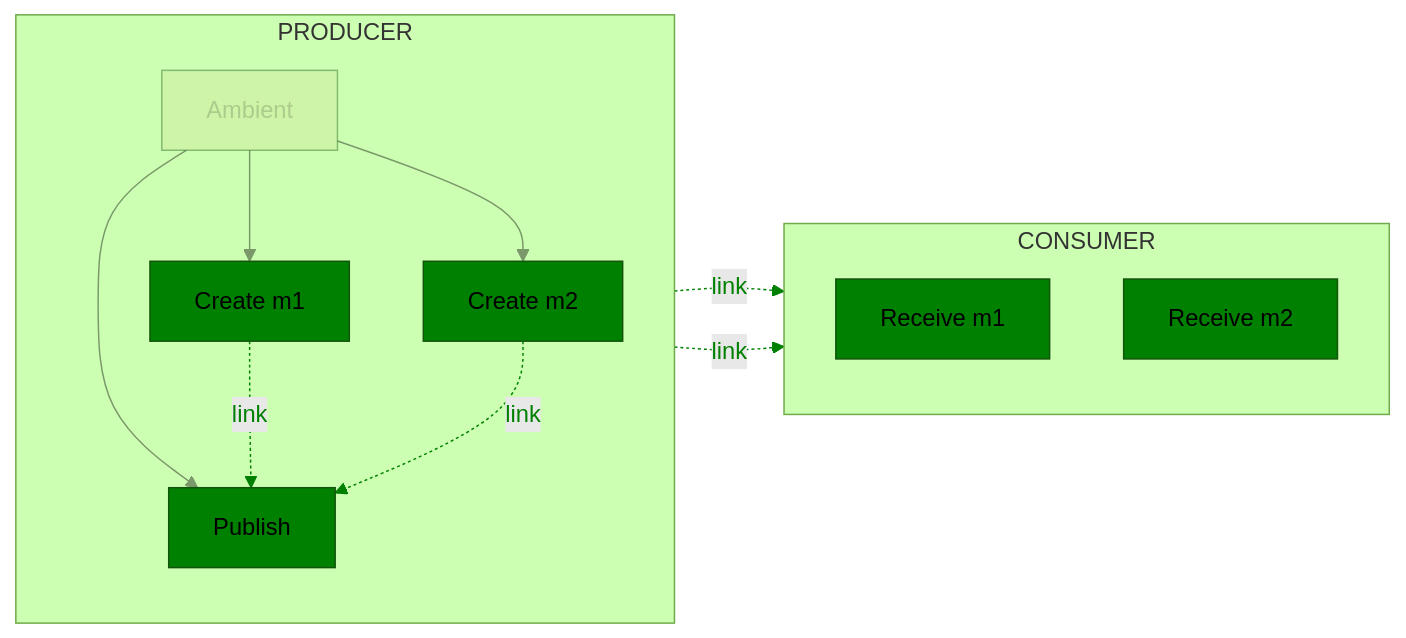
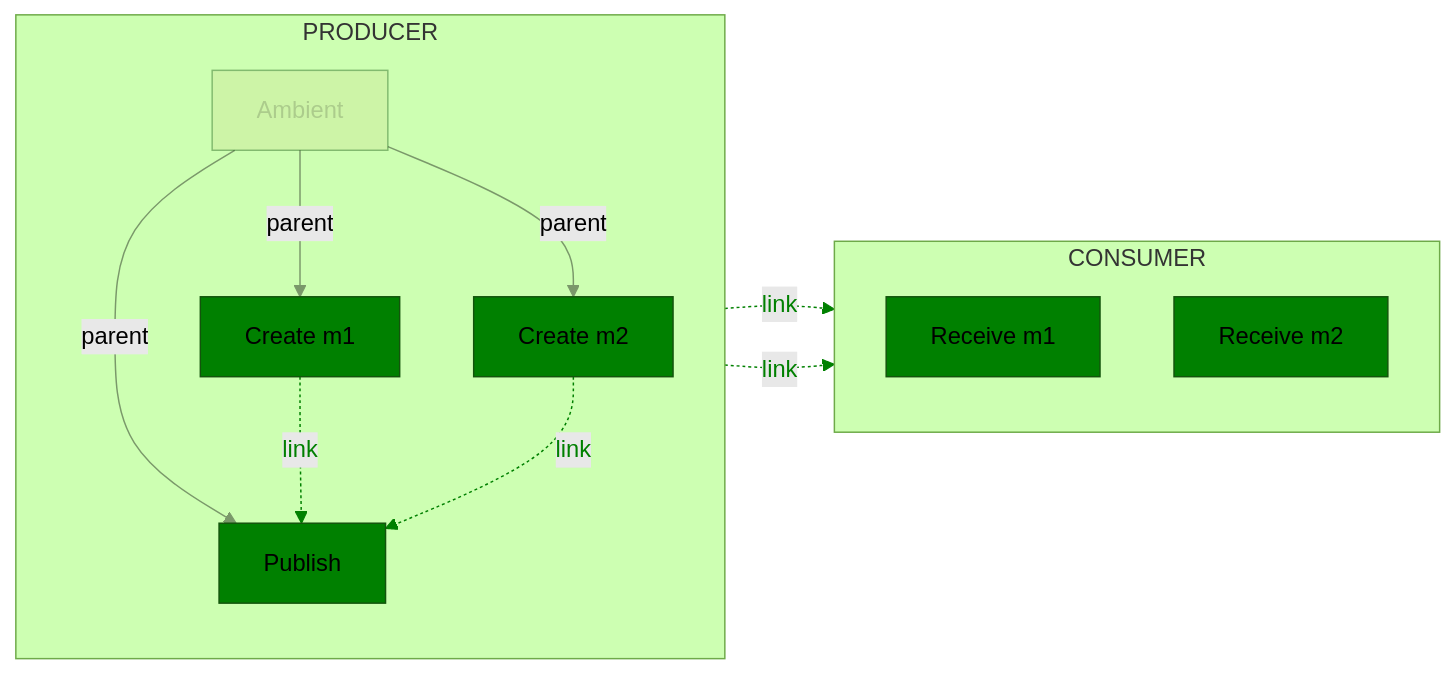
One commit to open-telemetry/oteps changed the eighth of 12 diagrams in text/trace/0220-messaging-semantic-conventions-span-structure.md. Above: the diagram before and after it, drawn with Mermaid (forest theme). The commit also changed other lines of this file, not shown here.

Commit message:
Add parent label on diagrams

````diff
--- a/text/trace/0220-messaging-semantic-conventions-span-structure.md
+++ b/text/trace/0220-messaging-semantic-conventions-span-structure.md
@@ -477,25 +477,25 @@
 ```mermaid
 flowchart LR;
   subgraph PRODUCER
   direction TB
-  A[Ambient]-->CM1[Create m1]
-  A-->CM2[Create m2]
-  A-->P[Publish]
+  A[Ambient]-->|parent|CM1[Create m1]
+  A-->|parent|CM2[Create m2]
+  A-->|parent|P[Publish]
   end
   subgraph CONSUMER
   direction TB
   RM1[Receive m1]
   RM2[Receive m2]
   end
   CM1-. link .->RM1;
   CM2-. link .->RM2;
   CM1-. link .->P;
   CM2-. link .->P;
 
   classDef normal fill:green
   class CM1,CM2,P,RM1,RM2 normal
   classDef additional opacity:0.4
   class A additional
   linkStyle 0,1,2 opacity:0.4
   linkStyle 3,4,5,6 color:green,stroke:green
 ```
````
